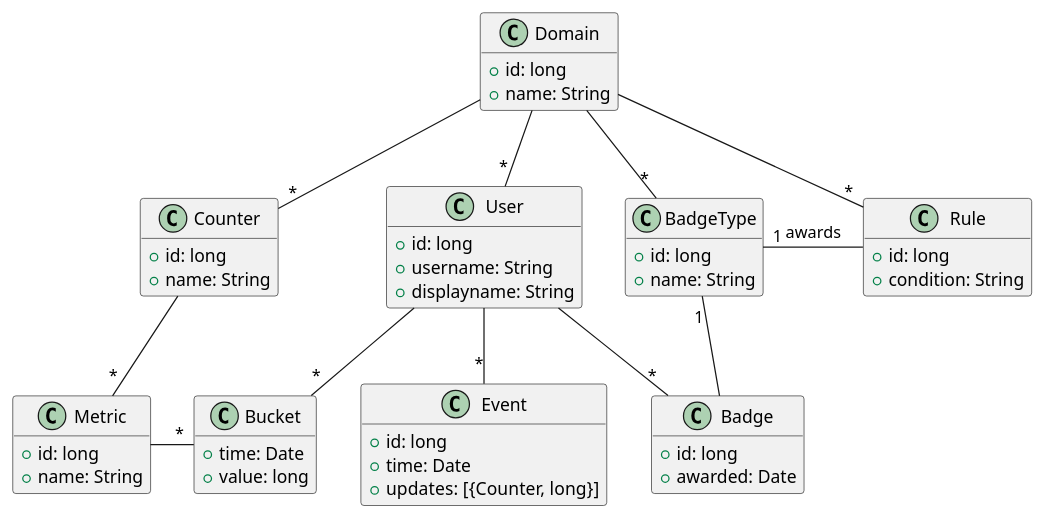
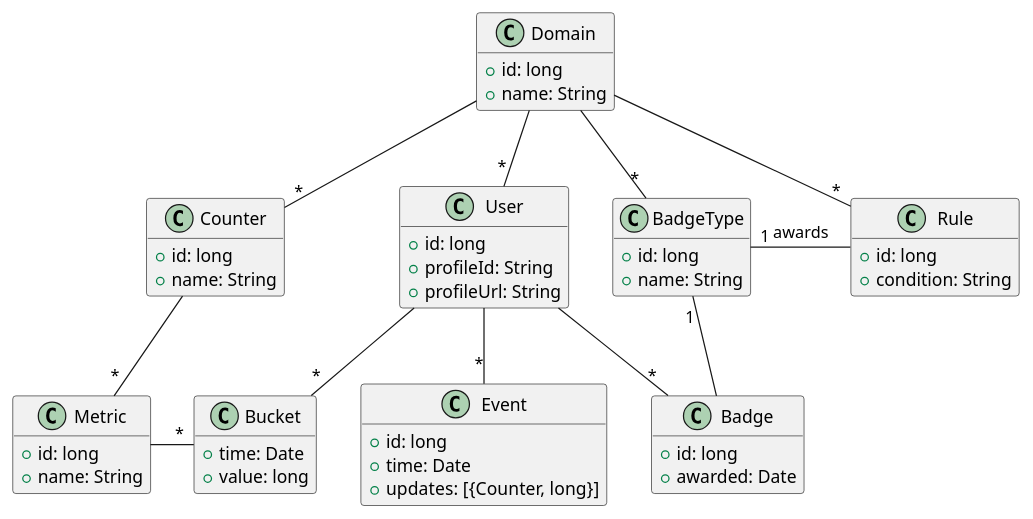
Before and after one commit to ltouroumov/amt-g4mify: the diagram in docs/models.puml, drawn with PlantUML. The commit also changed 4 other files, not shown here.

```diff
--- a/docs/models.puml
+++ b/docs/models.puml
@@ -1,69 +1,69 @@
 @startuml
 
 hide empty methods
 
 class Domain {
     + id: long
     + name: String
 }
 
 Domain -- "*" User
 Domain -- "*" Counter
 Domain -- "*" BadgeType
 Domain -- "*" Rule
 
 class User {
     + id: long
-    + username: String
-    + displayname: String
+    + profileId: String
+    + profileUrl: String
 }
 
 User -- "*" Bucket
 User -- "*" Event
 User -- "*" Badge
 
 class Counter {
     + id: long
     + name: String
 }
 
 Counter -- "*" Metric
 
 class Metric {
     + id: long
     + name: String
 }
 
 Metric - "*" Bucket
 
 class Bucket {
     + time: Date
     + value: long
 }
 
 class BadgeType {
     + id: long
     + name: String
 }
 
 BadgeType "1" -- Badge
 
 class Badge {
     + id: long
     + awarded: Date
 }
 
 class Rule {
     + id: long
     + condition: String
 }
 
 BadgeType "1" - Rule : "awards"
 
 class Event {
     + id: long
     + time: Date
     + updates: [{Counter, long}]
 }
 
 @enduml
```
